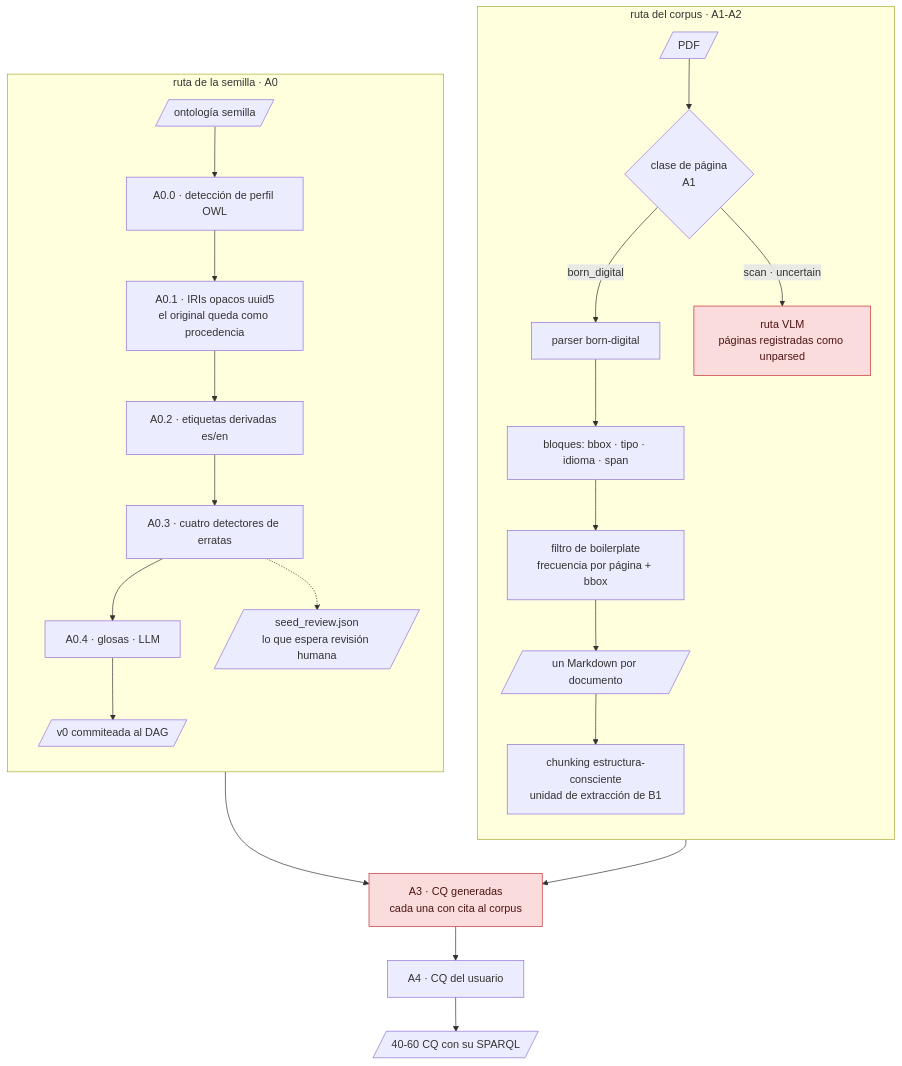
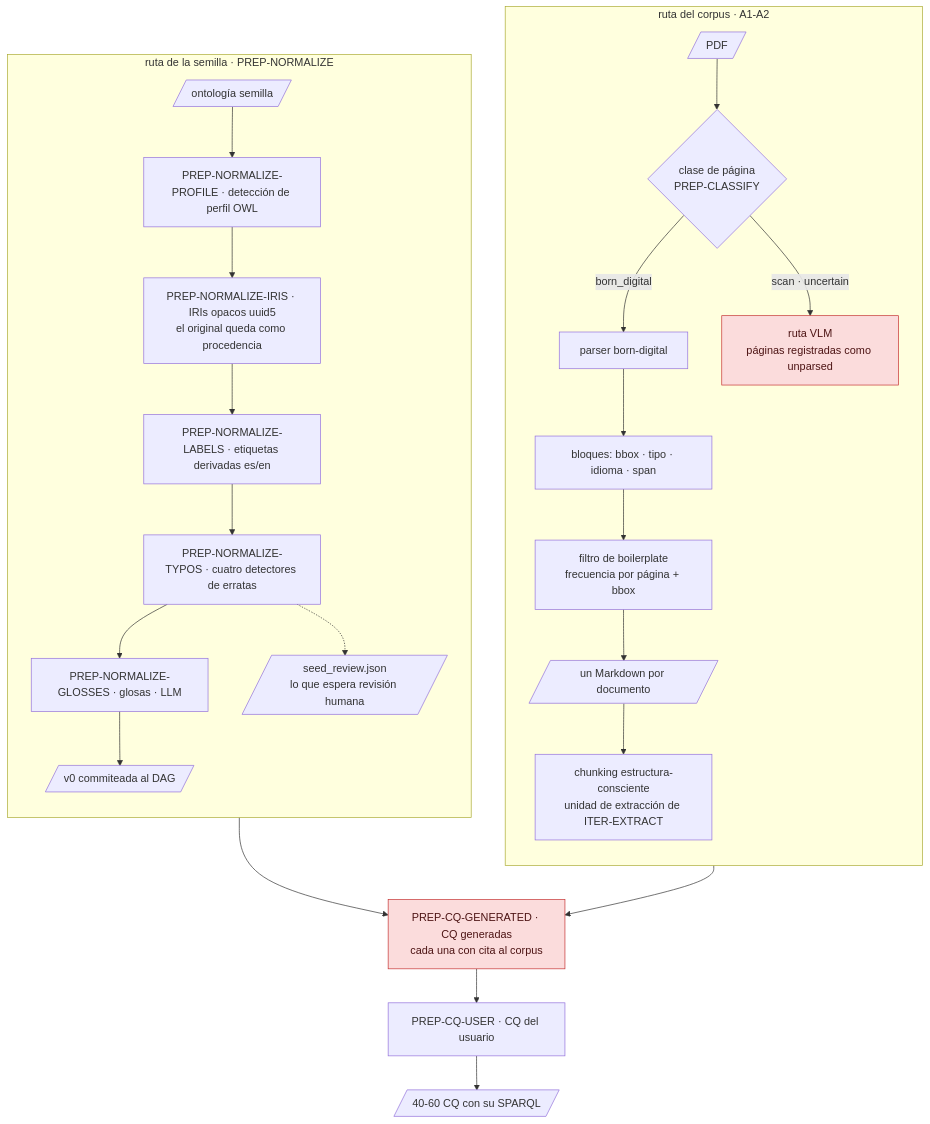
The second of 8 diagrams in especificacion_pipeline_ontologia.md (gonzatorte/ontology_and_llm_pipeline), drawn with Mermaid before and after one commit. The commit also changed other lines of this file, not shown here.

````diff
--- a/especificacion_pipeline_ontologia.md
+++ b/especificacion_pipeline_ontologia.md
@@ -171,32 +171,32 @@
 ```mermaid
 flowchart TB
   subgraph CORPUS["ruta del corpus · A1-A2"]
     direction TB
-    P[/"PDF"/] --> CL{"clase de página<br/>A1"}
+    P[/"PDF"/] --> CL{"clase de página<br/>PREP-CLASSIFY"}
     CL -->|"born_digital"| PY["parser born-digital"]
     CL -->|"scan · uncertain"| VLM["ruta VLM<br/>páginas registradas como unparsed"]
     PY --> BLK["bloques: bbox · tipo · idioma · span"]
     BLK --> BOIL["filtro de boilerplate<br/>frecuencia por página + bbox"]
     BOIL --> MD[/"un Markdown por documento"/]
-    MD --> CH["chunking estructura-consciente<br/>unidad de extracción de B1"]
+    MD --> CH["chunking estructura-consciente<br/>unidad de extracción de ITER-EXTRACT"]
   end
 
-  subgraph SEED["ruta de la semilla · A0"]
+  subgraph SEED["ruta de la semilla · PREP-NORMALIZE"]
     direction TB
-    S[/"ontología semilla"/] --> A00["A0.0 · detección de perfil OWL"]
-    A00 --> A01["A0.1 · IRIs opacos uuid5<br/>el original queda como procedencia"]
-    A01 --> A02["A0.2 · etiquetas derivadas es/en"]
-    A02 --> A03["A0.3 · cuatro detectores de erratas"]
-    A03 --> A04["A0.4 · glosas · LLM"]
-    A04 --> V0[/"v0 commiteada al DAG"/]
-    A03 -.-> REV[/"seed_review.json<br/>lo que espera revisión humana"/]
+    S[/"ontología semilla"/] --> PROFILE["PREP-NORMALIZE-PROFILE · detección de perfil OWL"]
+    PROFILE --> IRIS["PREP-NORMALIZE-IRIS · IRIs opacos uuid5<br/>el original queda como procedencia"]
+    IRIS --> LABELS["PREP-NORMALIZE-LABELS · etiquetas derivadas es/en"]
+    LABELS --> TYPOS["PREP-NORMALIZE-TYPOS · cuatro detectores de erratas"]
+    TYPOS --> GLOSSES["PREP-NORMALIZE-GLOSSES · glosas · LLM"]
+    GLOSSES --> V0[/"v0 commiteada al DAG"/]
+    TYPOS -.-> REV[/"seed_review.json<br/>lo que espera revisión humana"/]
   end
 
-  CH --> A3["A3 · CQ generadas<br/>cada una con cita al corpus"]
-  V0 --> A3
-  A3 --> A4["A4 · CQ del usuario"]
-  A4 --> CQ[/"40-60 CQ con su SPARQL"/]
+  CH --> CQGEN["PREP-CQ-GENERATED · CQ generadas<br/>cada una con cita al corpus"]
+  V0 --> CQGEN
+  CQGEN --> CQUSER["PREP-CQ-USER · CQ del usuario"]
+  CQUSER --> CQ[/"40-60 CQ con su SPARQL"/]
 
   classDef todo fill:#fbdcdc,stroke:#c53030,color:#4d1414
-  class VLM,A3 todo
+  class VLM,CQGEN todo
 ```
````
